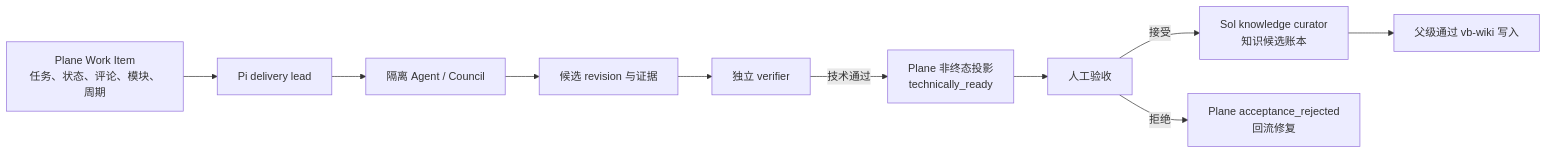
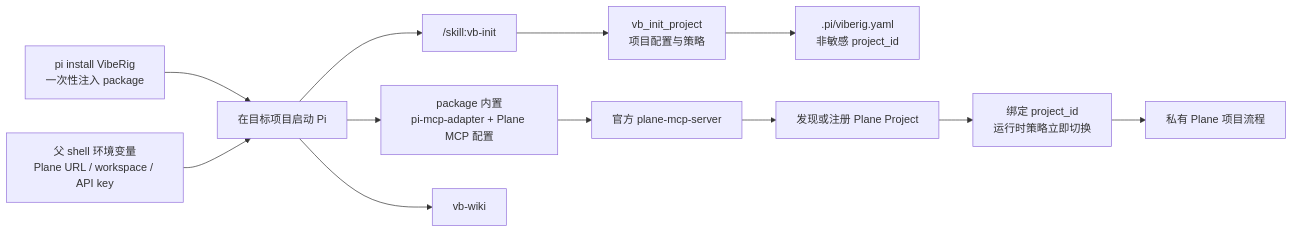
The diagram in docs/install/zh-CN/pi-plane.md (JsonLee12138/vibeRig), drawn with Mermaid before and after one commit. The commit also changed other lines of this file and 247 other files, not shown here.

````diff
--- a/docs/install/zh-CN/pi-plane.md
+++ b/docs/install/zh-CN/pi-plane.md
@@ -87,12 +8,14 @@
 ```mermaid
 flowchart LR
-  P["Plane Work Item<br/>任务、状态、评论、模块、周期"] --> L["Pi delivery lead"]
-  L --> A["隔离 Agent / Council"]
-  A --> C["候选 revision 与证据"]
-  C --> V["独立 verifier"]
-  V -->|"技术通过"| PP["Plane 非终态投影<br/>technically_ready"]
-  PP --> H["人工验收"]
-  H -->|"接受"| K["Sol knowledge curator<br/>知识候选账本"]
-  K --> W["父级通过 vb-wiki 写入"]
-  H -->|"拒绝"| R["Plane acceptance_rejected<br/>回流修复"]
+  I["pi install VibeRig<br/>一次性注入 package"] --> P["在目标项目启动 Pi"]
+  E["父 shell 环境变量<br/>Plane URL / workspace / API key"] --> P
+  P --> S["/skill:vb-init"]
+  P --> M["package 内置<br/>pi-mcp-adapter + Plane MCP 配置"]
+  S --> T["vb_init_project<br/>项目配置与策略"]
+  T --> C[".pi/viberig.yaml<br/>非敏感 project_id"]
+  M --> O["官方 plane-mcp-server"]
+  O --> R["发现或注册 Plane Project"]
+  R --> B["绑定 project_id<br/>运行时策略立即切换"]
+  B --> X["私有 Plane 项目流程"]
+  P --> W["vb-wiki"]
 ```
````
